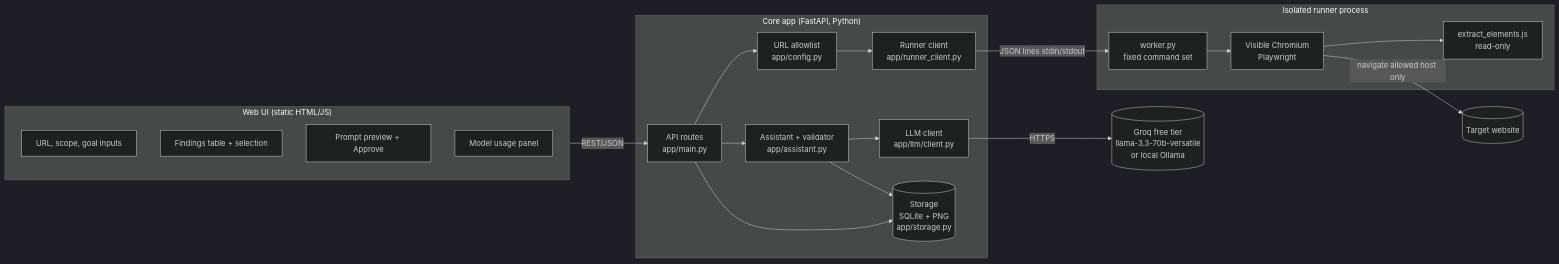
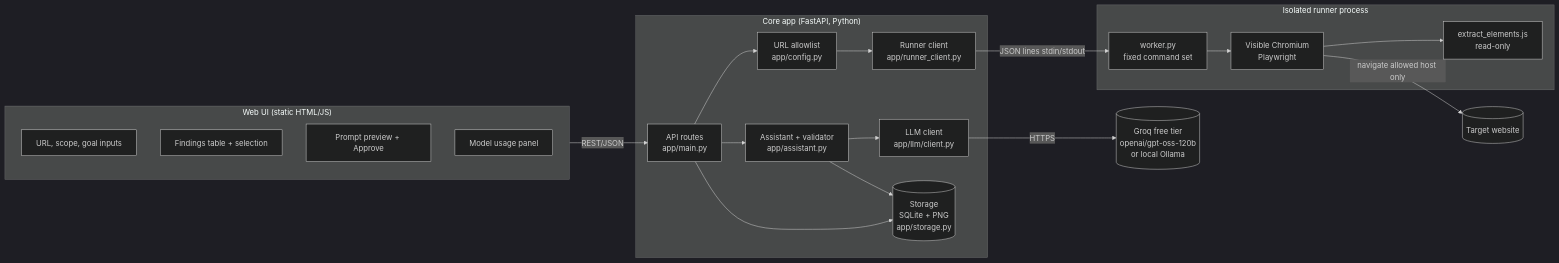
The first of 2 diagrams in docs/design.md (ali0sama/web-testing-app), drawn with Mermaid (dark theme) before and after one commit. The commit also changed other lines of this file and 4 other files, not shown here.

Commit message:
Switch to gpt-oss-120b, add model usage evidence

````diff
--- a/docs/design.md
+++ b/docs/design.md
@@ -27,36 +27,36 @@
 ```mermaid
 flowchart LR
     subgraph UI["Web UI (static HTML/JS)"]
         A1[URL, scope, goal inputs]
         A2[Findings table + selection]
         A3[Prompt preview + Approve]
         A4[Model usage panel]
     end
 
     subgraph CORE["Core app (FastAPI, Python)"]
         B1[API routes<br/>app/main.py]
         B2[URL allowlist<br/>app/config.py]
         B3[Runner client<br/>app/runner_client.py]
         B4[Assistant + validator<br/>app/assistant.py]
         B5[LLM client<br/>app/llm/client.py]
         B6[(Storage<br/>SQLite + PNG<br/>app/storage.py)]
     end
 
     subgraph RUN["Isolated runner process"]
         C1[worker.py<br/>fixed command set]
         C2[Visible Chromium<br/>Playwright]
         C3[extract_elements.js<br/>read-only]
     end
 
-    LLM[(Groq free tier<br/>llama-3.3-70b-versatile<br/>or local Ollama)]
+    LLM[(Groq free tier<br/>openai/gpt-oss-120b<br/>or local Ollama)]
     WEB[(Target website)]
 
     UI -- REST/JSON --> B1
     B1 --> B2 --> B3
     B3 -- JSON lines stdin/stdout --> C1
     C1 --> C2 -- navigate allowed host only --> WEB
     C2 --> C3
     B1 --> B6
     B1 --> B4 --> B5 -- HTTPS --> LLM
     B4 --> B6
 ```
````
